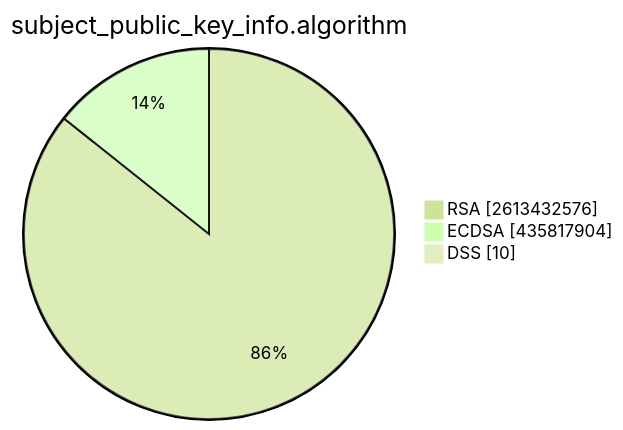
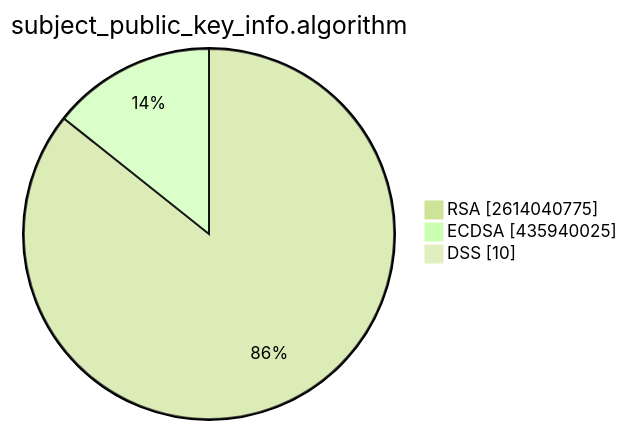
Before and after one commit to christiankrug/ctmonitor_visualization: the second of 15 diagrams in TOTAL/README.md, drawn with Mermaid (forest theme). The commit also changed other lines of this file, not shown here.

````diff
--- a/TOTAL/README.md
+++ b/TOTAL/README.md
@@ -6,7 +6,7 @@
 ```mermaid
 pie showData
 title subject_public_key_info.algorithm
-"RSA" :2613432576
-"ECDSA" :435817904
+"RSA" :2614040775
+"ECDSA" :435940025
 "DSS" :10
 ```
````
